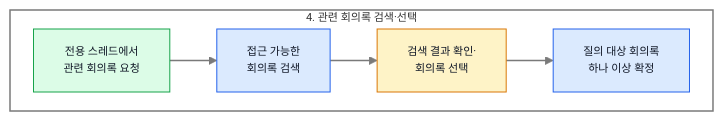
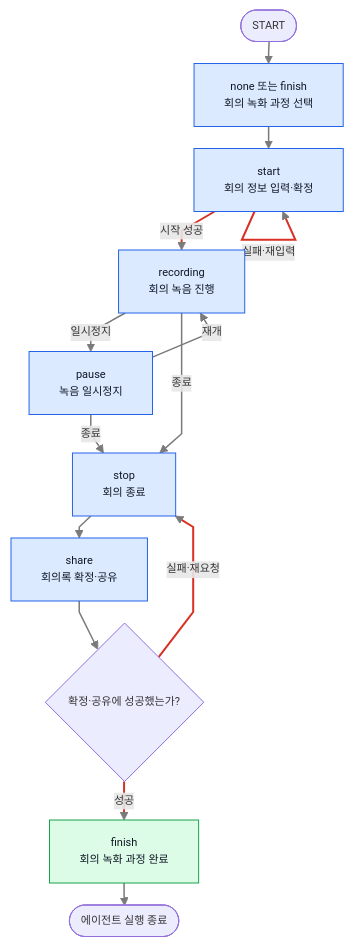
The second of 8 diagrams in ZENAI/에이전트 설계/회의록 에이전트 설계/1. 회의록 에이전트 워크플로우 graph 정의.md (ericyum/Obsidian), drawn with Mermaid before and after one commit. The commit also changed other lines of this file and 7 other files, not shown here.

````diff
--- a/ZENAI/에이전트 설계/회의록 에이전트 설계/1. 회의록 에이전트 워크플로우 graph 정의.md
+++ b/ZENAI/에이전트 설계/회의록 에이전트 설계/1. 회의록 에이전트 워크플로우 graph 정의.md
@@ -96,19 +100,23 @@
 ```mermaid
 %%{init: {"flowchart": {"useMaxWidth": true, "nodeSpacing": 18, "rankSpacing": 22, "curve": "linear"}, "themeVariables": {"fontSize": "11px"}}}%%
 flowchart TB
-    subgraph P4["4. 관련 회의록 검색·선택"]
-        A["전용 스레드에서<br/>관련 회의록 요청"]
-        B["접근 가능한<br/>회의록 검색"]
-        C["검색 결과 확인·<br/>회의록 선택"]
-        D["질의 대상 회의록<br/>하나 이상 확정"]
-        A --> B --> C --> D
-    end
-    classDef user fill:#dcfce7,stroke:#16a34a,color:#111827;
-    classDef hitl fill:#fef3c7,stroke:#d97706,color:#111827;
-    classDef service fill:#dbeafe,stroke:#2563eb,color:#111827;
-    class A user;
-    class C hitl;
-    class B,D service;
-    style P4 fill:transparent,stroke:#7a7a7a,stroke-width:1.5px;
+    S(["START"]) --> N["none 또는 finish<br/>회의 녹화 과정 선택"]
+    N --> ST["start<br/>회의 정보 입력·확정"]
+    ST -->|"시작 성공"| R["recording<br/>회의 녹음 진행"]
+    ST -->|"실패·재입력"| ST
+    R -->|"일시정지"| P["pause<br/>녹음 일시정지"]
+    P -->|"재개"| R
+    R -->|"종료"| X["stop<br/>회의 종료"]
+    P -->|"종료"| X
+    X --> SH["share<br/>회의록 확정·공유"]
+    SH --> SC{"확정·공유에 성공했는가?"}
+    SC -->|"성공"| F["finish<br/>회의 녹화 과정 완료"]
+    SC -->|"실패·재요청"| X
+    F --> E(["에이전트 실행 종료"])
+    classDef state fill:#dbeafe,stroke:#2563eb,color:#111827;
+    classDef finish fill:#dcfce7,stroke:#16a34a,color:#111827;
+    class N,ST,R,P,X,SH state;
+    class F finish;
     linkStyle default stroke:#7a7a7a,stroke-width:1.5px;
+    linkStyle 2,3,10,11 stroke:#d93025,stroke-width:2px;
 ```
````
